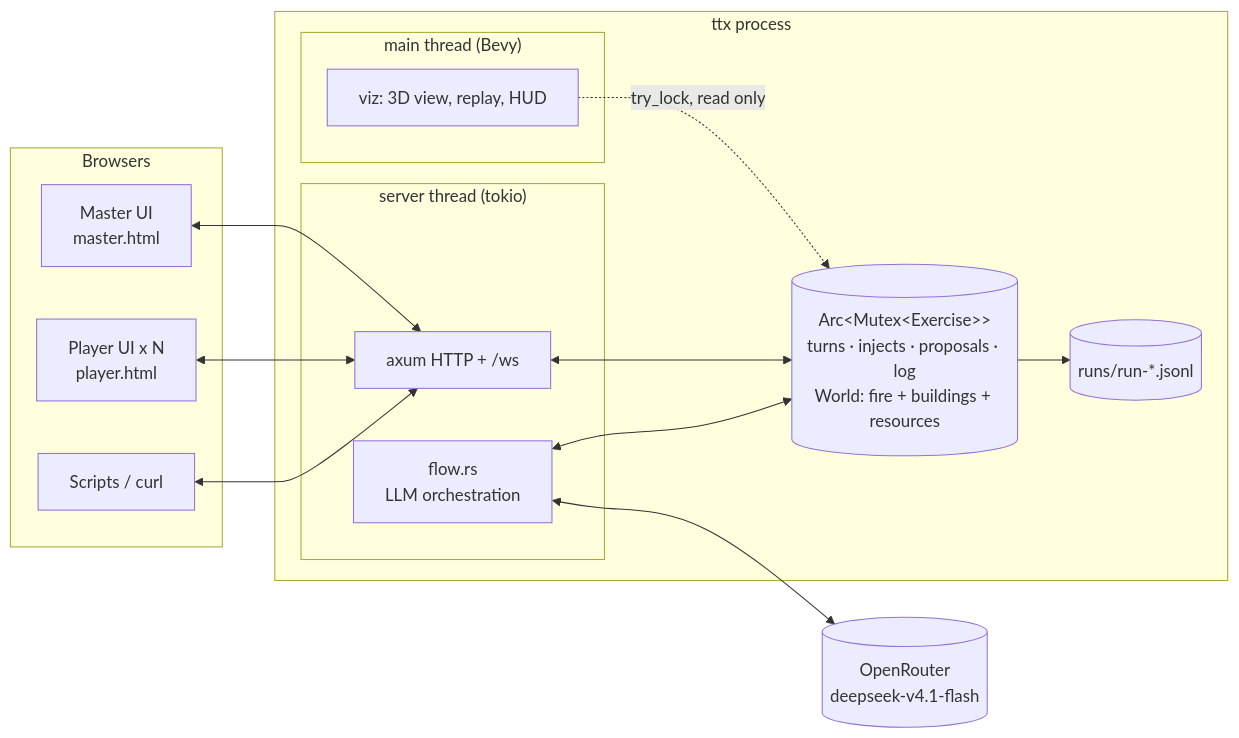
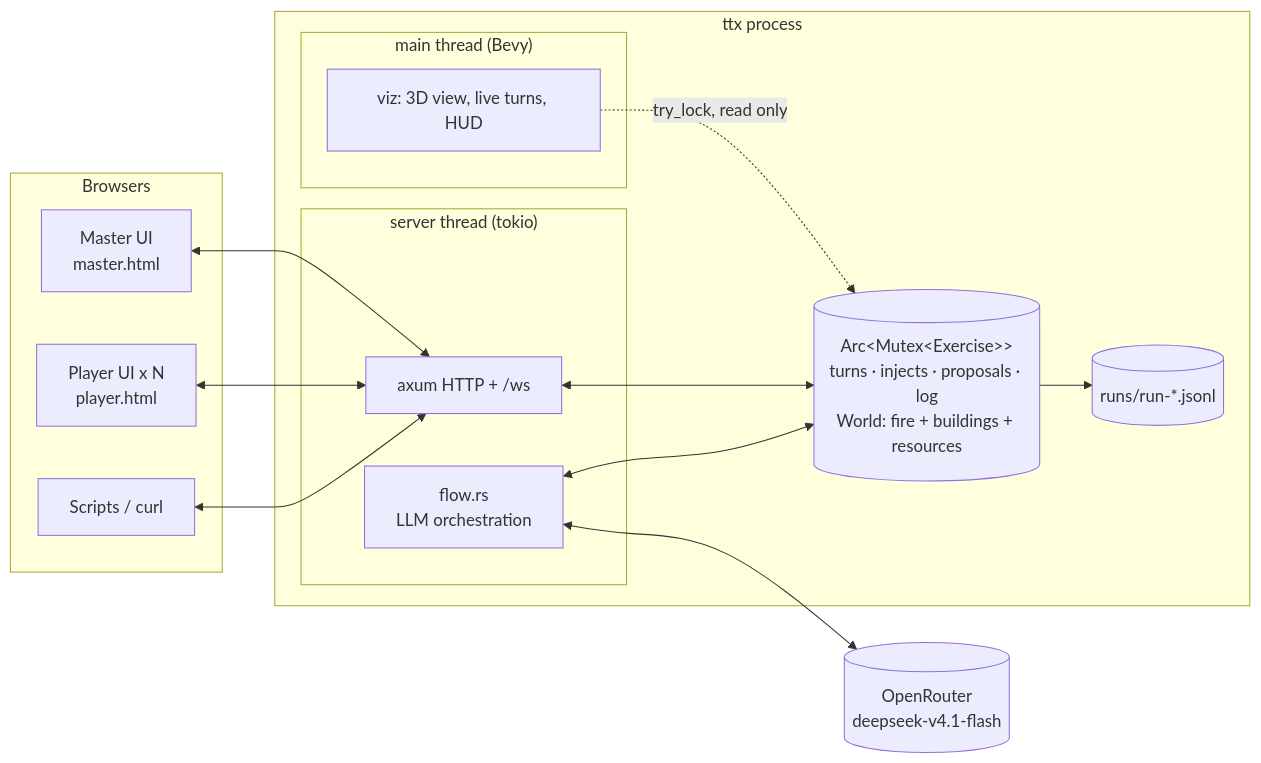
Before and after one commit to mirkodandrea/european-civil-protection-forum: the first of 2 diagrams in docs/architecture.md, drawn with Mermaid. The commit also changed other lines of this file and 15 other files, not shown here.

First line of the commit message:
Simulate turns live, minute by minute, with a Director-set pace

````diff
--- a/docs/architecture.md
+++ b/docs/architecture.md
@@ -5,26 +5,26 @@
 ```mermaid
 flowchart LR
     subgraph Browsers
         M[Master UI<br/>master.html]
         P[Player UI x N<br/>player.html]
         S[Scripts / curl]
     end
     subgraph ttx["ttx process"]
         subgraph tokio["server thread (tokio)"]
             API[axum HTTP + /ws]
             FLOW[flow.rs<br/>LLM orchestration]
         end
         EX[(Arc&lt;Mutex&lt;Exercise&gt;&gt;<br/>turns · injects · proposals · log<br/>World: fire + buildings + resources)]
         subgraph main["main thread (Bevy)"]
-            VIZ[viz: 3D view, replay, HUD]
+            VIZ[viz: 3D view, live turns, HUD]
         end
         LOG[(runs/run-*.jsonl)]
     end
     OR[(OpenRouter<br/>deepseek-v4.1-flash)]
     M & P & S <--> API
     API <--> EX
     FLOW <--> EX
     FLOW <--> OR
     VIZ -. try_lock, read only .-> EX
     EX --> LOG
 ```
````
